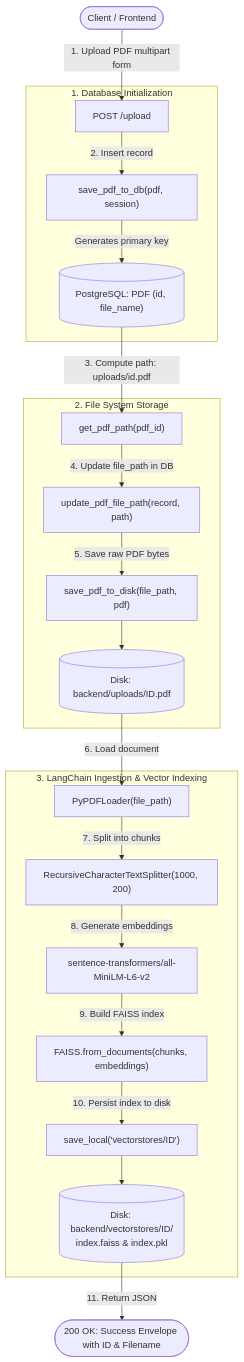
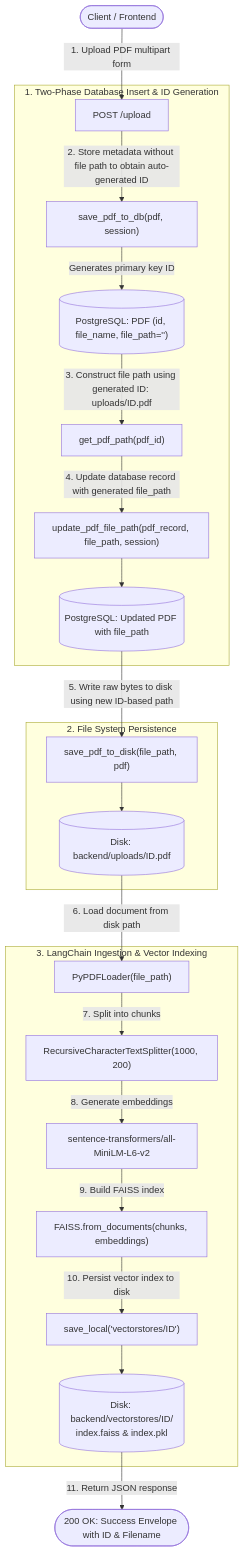
The first of 2 diagrams in README.md (24thAbhinav/pdf-chatbot), drawn with Mermaid before and after one commit.

Commit message:
docs: clarify two-phase database ID path generation and disk storage in ingestion diagram

````diff
--- a/README.md
+++ b/README.md
@@ -57,27 +57,28 @@
 ```mermaid
 flowchart TD
     Client([Client / Frontend]) -->|1. Upload PDF multipart form| UploadRoute["POST /upload"]
     
-    subgraph DatabasePhase ["1. Database Initialization"]
-        UploadRoute -->|2. Insert record| SaveDB["save_pdf_to_db(pdf, session)"]
-        SaveDB -->|Generates primary key| PDFRecord[("PostgreSQL: PDF (id, file_name)")]
+    subgraph DatabasePhase ["1. Two-Phase Database Insert & ID Generation"]
+        UploadRoute -->|2. Store metadata without file path to obtain auto-generated ID| SaveDB["save_pdf_to_db(pdf, session)"]
+        SaveDB -->|Generates primary key ID| PDFRecord[("PostgreSQL: PDF (id, file_name, file_path='')")]
+        PDFRecord -->|3. Construct file path using generated ID: uploads/ID.pdf| GetPath["get_pdf_path(pdf_id)"]
+        GetPath -->|4. Update database record with generated file_path| UpdateDB["update_pdf_file_path(pdf_record, file_path, session)"]
+        UpdateDB --> UpdatedDB[("PostgreSQL: Updated PDF with file_path")]
     end
     
-    subgraph DiskPhase ["2. File System Storage"]
-        PDFRecord -->|3. Compute path: uploads/id.pdf| GetPath["get_pdf_path(pdf_id)"]
-        GetPath -->|4. Update file_path in DB| UpdateDB["update_pdf_file_path(record, path)"]
-        UpdateDB -->|5. Save raw PDF bytes| WriteDisk["save_pdf_to_disk(file_path, pdf)"]
+    subgraph DiskPhase ["2. File System Persistence"]
+        UpdatedDB -->|5. Write raw bytes to disk using new ID-based path| WriteDisk["save_pdf_to_disk(file_path, pdf)"]
         WriteDisk --> RawFile[("Disk: backend/uploads/ID.pdf")]
     end
     
     subgraph IngestionPhase ["3. LangChain Ingestion & Vector Indexing"]
-        RawFile -->|6. Load document| PyPDF["PyPDFLoader(file_path)"]
+        RawFile -->|6. Load document from disk path| PyPDF["PyPDFLoader(file_path)"]
         PyPDF -->|7. Split into chunks| Splitter["RecursiveCharacterTextSplitter(1000, 200)"]
         Splitter -->|8. Generate embeddings| Embeddings["sentence-transformers/all-MiniLM-L6-v2"]
         Embeddings -->|9. Build FAISS index| VectorStore["FAISS.from_documents(chunks, embeddings)"]
-        VectorStore -->|10. Persist index to disk| SaveFAISS["save_local('vectorstores/ID')"]
+        VectorStore -->|10. Persist vector index to disk| SaveFAISS["save_local('vectorstores/ID')"]
         SaveFAISS --> FAISSFiles[("Disk: backend/vectorstores/ID/<br/>index.faiss & index.pkl")]
     end
     
-    FAISSFiles -->|11. Return JSON| Response(["200 OK: Success Envelope with ID & Filename"])
+    FAISSFiles -->|11. Return JSON response| Response(["200 OK: Success Envelope with ID & Filename"])
 ```
````
